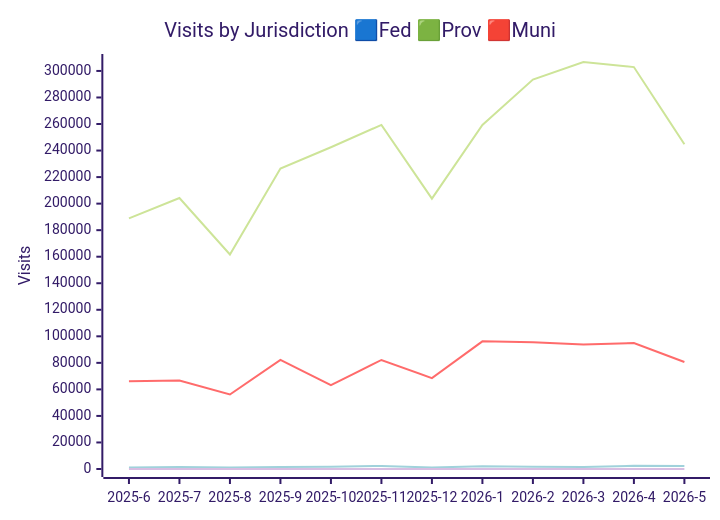
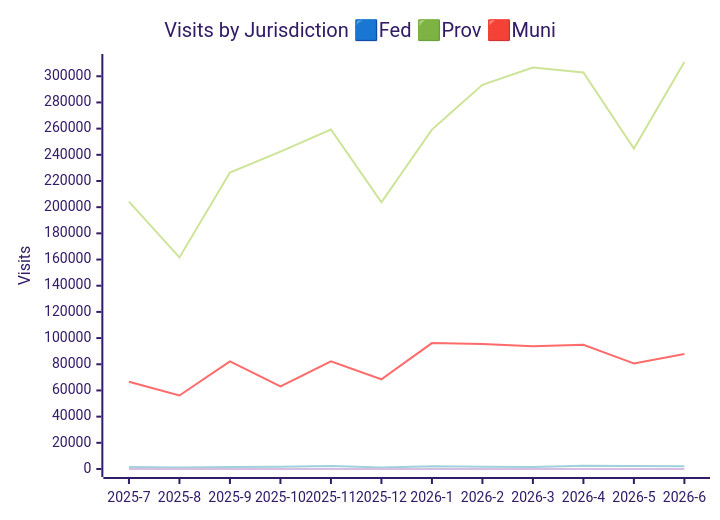
One commit to PatLittle/analytics-corporate-reporting changed the second of 3 diagrams in JURISDICTION_ANALYTICS_REPORT/readme.md. Above: the diagram before and after it, drawn with Mermaid (forest theme). The commit also changed other lines of this file and 3 other files, not shown here.

````diff
--- a/JURISDICTION_ANALYTICS_REPORT/readme.md
+++ b/JURISDICTION_ANALYTICS_REPORT/readme.md
@@ -28,11 +28,11 @@
 ```mermaid
 
 xychart-beta
     title "Visits by Jurisdiction 🟦Fed 🟩Prov 🟥Muni"
-    x-axis [2025-6, 2025-7, 2025-8, 2025-9, 2025-10, 2025-11, 2025-12, 2026-1, 2026-2, 2026-3, 2026-4, 2026-5]
-    y-axis "Visits" 0 --> 306739
-    line [188897, 204262, 161641, 226495, 242472, 259351, 203759, 259270, 293477, 306729, 302914, 244754]
-    line [66189, 66708, 56125, 82254, 63141, 82171, 68508, 96192, 95561, 93812, 94898, 80605]
-    line [1160, 1451, 1187, 1472, 1717, 2282, 1200, 2113, 1718, 1475, 2389, 2241]
-    line [0, 0, 0, 0, 13, 7, 27, 17, 19, 21, 9, 10]
+    x-axis [2025-7, 2025-8, 2025-9, 2025-10, 2025-11, 2025-12, 2026-1, 2026-2, 2026-3, 2026-4, 2026-5, 2026-6]
+    y-axis "Visits" 0 --> 310891
+    line [204262, 161641, 226495, 242472, 259351, 203759, 259270, 293477, 306729, 302914, 244754, 310881]
+    line [66708, 56125, 82254, 63141, 82171, 68508, 96192, 95561, 93812, 94898, 80605, 87842]
+    line [1451, 1187, 1472, 1717, 2282, 1200, 2113, 1718, 1475, 2389, 2241, 2036]
+    line [0, 0, 0, 13, 7, 27, 17, 19, 21, 9, 10, 7]
 ```
````
